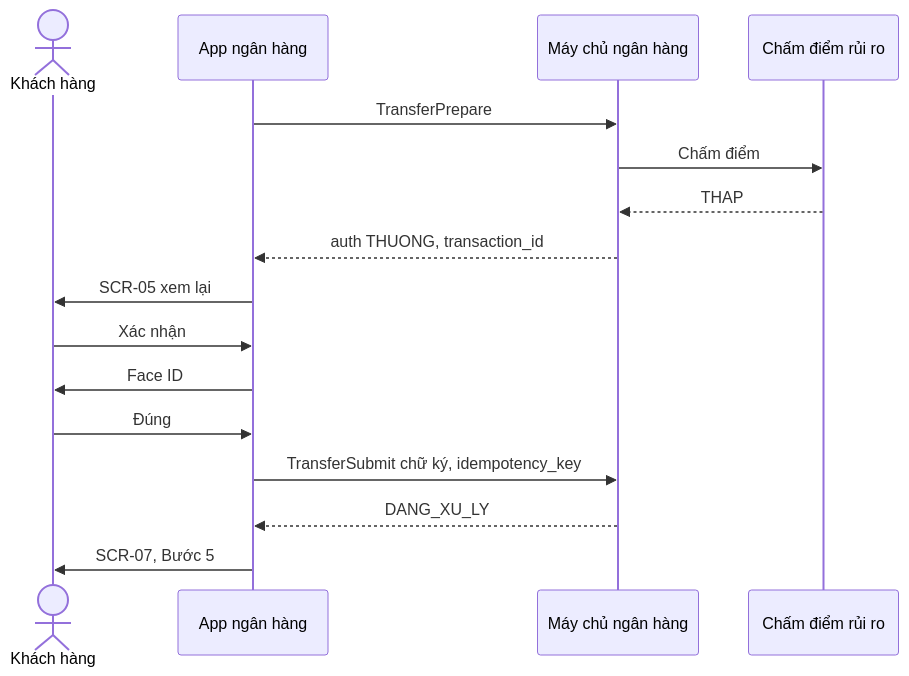
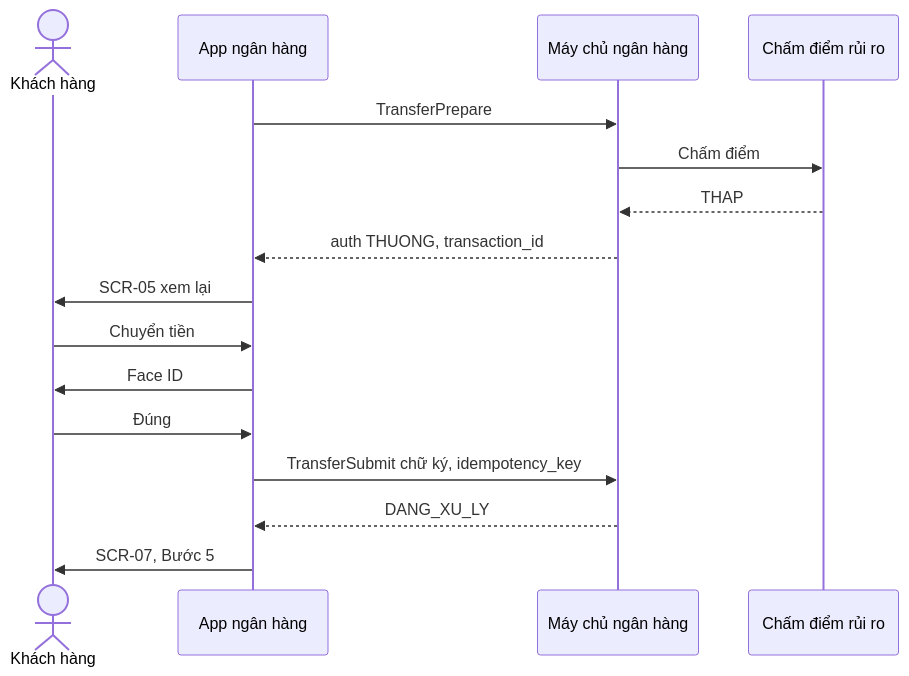
One commit to uxfoundation-vn/de07-chuyen-khoan-ngan-hang changed diagram 14 of 15 in docs/SRS.md. Above: the diagram before and after it, drawn with Mermaid. The commit also changed other lines of this file and 2 other files, not shown here.

First line of the commit message:
Đề 7: bấm Xác nhận ở màn chọn số tiền rồi mới xem lại giao dịch

````diff
--- a/docs/SRS.md
+++ b/docs/SRS.md
@@ -872,18 +872,18 @@
 ```mermaid
 sequenceDiagram
   actor N as Khách hàng
   participant App as App ngân hàng
   participant API as Máy chủ ngân hàng
   participant R as Chấm điểm rủi ro
   App->>API: TransferPrepare
   API->>R: Chấm điểm
   R-->>API: THAP
   API-->>App: auth THUONG, transaction_id
   App->>N: SCR-05 xem lại
-  N->>App: Xác nhận
+  N->>App: Chuyển tiền
   App->>N: Face ID
   N->>App: Đúng
   App->>API: TransferSubmit chữ ký, idempotency_key
   API-->>App: DANG_XU_LY
   App->>N: SCR-07, Bước 5
 ```
````
